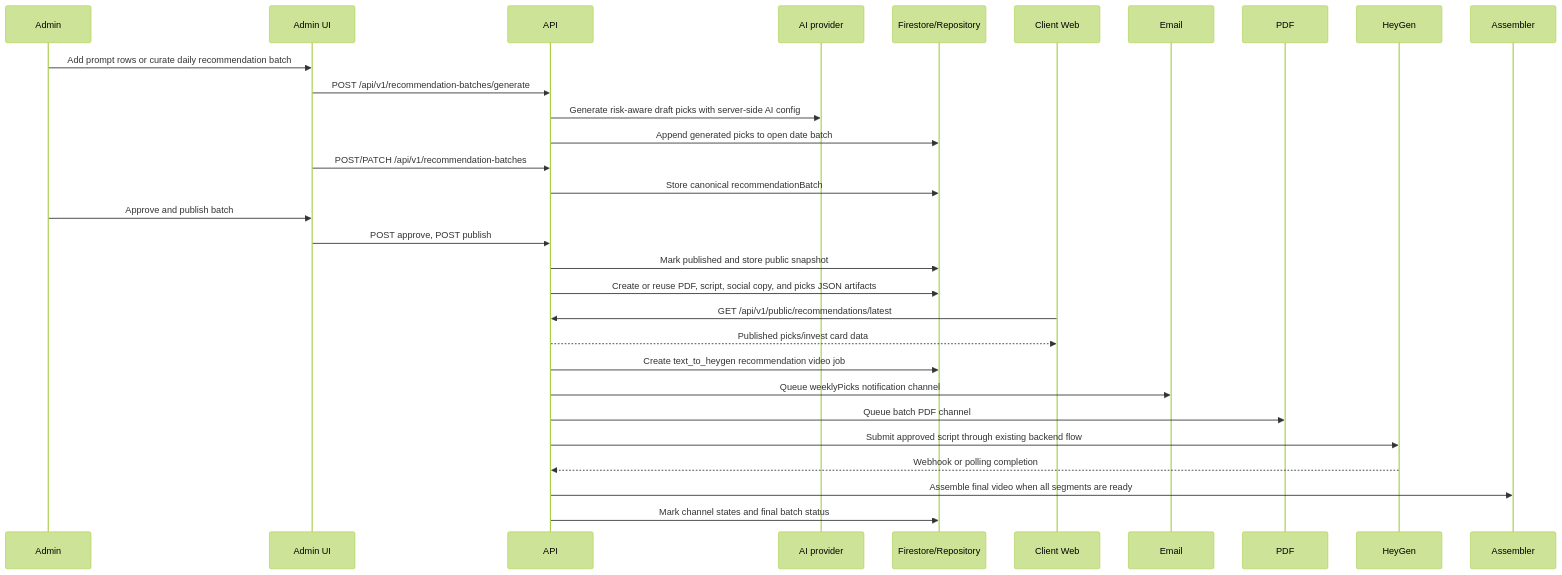
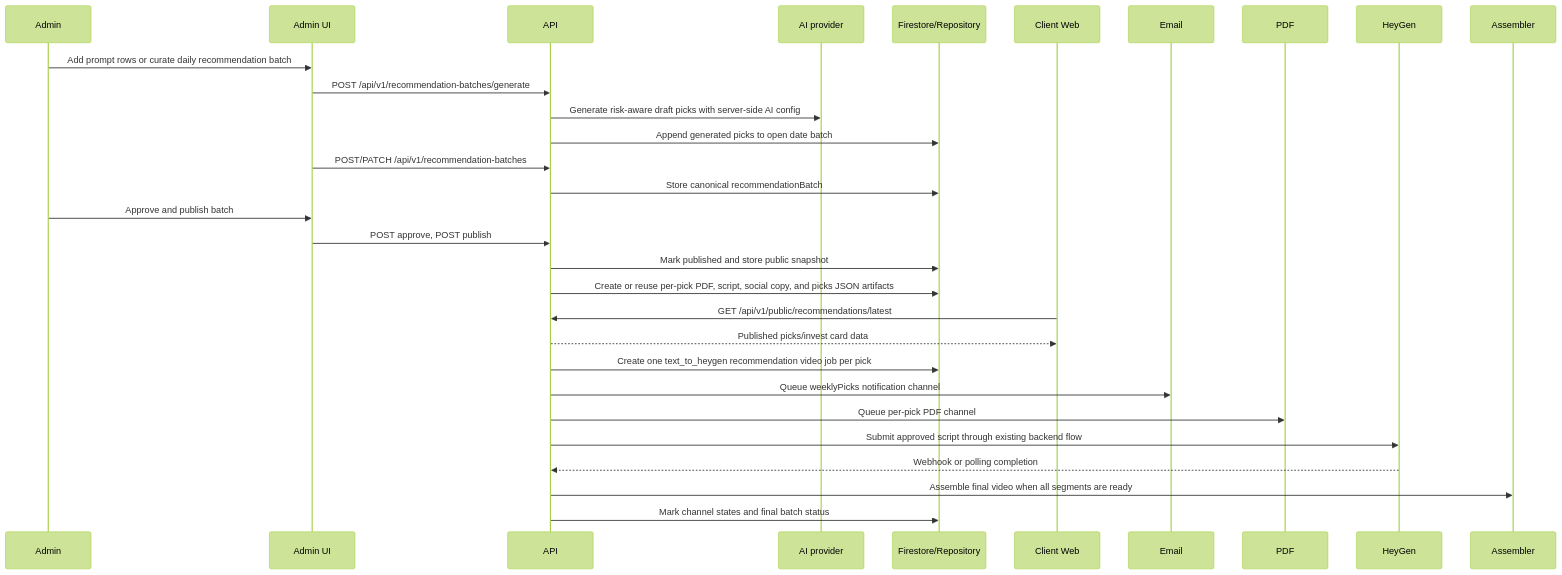
One commit to newleafsystem/admin-web changed the fourth of 12 diagrams in docs/architecture-flows.md. Above: the diagram before and after it, drawn with Mermaid (forest theme). The commit also changed 8 other files, not shown here.

Commit message:
Fan out recommendation publishing per pick

````diff
--- a/docs/architecture-flows.md
+++ b/docs/architecture-flows.md
@@ -102,33 +102,33 @@
 ```mermaid
 sequenceDiagram
   participant Admin
   participant UI as Admin UI
   participant API
   participant LLM as AI provider
   participant Repo as Firestore/Repository
   participant Client as Client Web
   participant Email
   participant PDF
   participant HeyGen
   participant Assembler
 
   Admin->>UI: Add prompt rows or curate daily recommendation batch
   UI->>API: POST /api/v1/recommendation-batches/generate
   API->>LLM: Generate risk-aware draft picks with server-side AI config
   API->>Repo: Append generated picks to open date batch
   UI->>API: POST/PATCH /api/v1/recommendation-batches
   API->>Repo: Store canonical recommendationBatch
   Admin->>UI: Approve and publish batch
   UI->>API: POST approve, POST publish
   API->>Repo: Mark published and store public snapshot
-  API->>Repo: Create or reuse PDF, script, social copy, and picks JSON artifacts
+  API->>Repo: Create or reuse per-pick PDF, script, social copy, and picks JSON artifacts
   Client->>API: GET /api/v1/public/recommendations/latest
   API-->>Client: Published picks/invest card data
-  API->>Repo: Create text_to_heygen recommendation video job
+  API->>Repo: Create one text_to_heygen recommendation video job per pick
   API->>Email: Queue weeklyPicks notification channel
-  API->>PDF: Queue batch PDF channel
+  API->>PDF: Queue per-pick PDF channel
   API->>HeyGen: Submit approved script through existing backend flow
   HeyGen-->>API: Webhook or polling completion
   API->>Assembler: Assemble final video when all segments are ready
   API->>Repo: Mark channel states and final batch status
 ```
````
